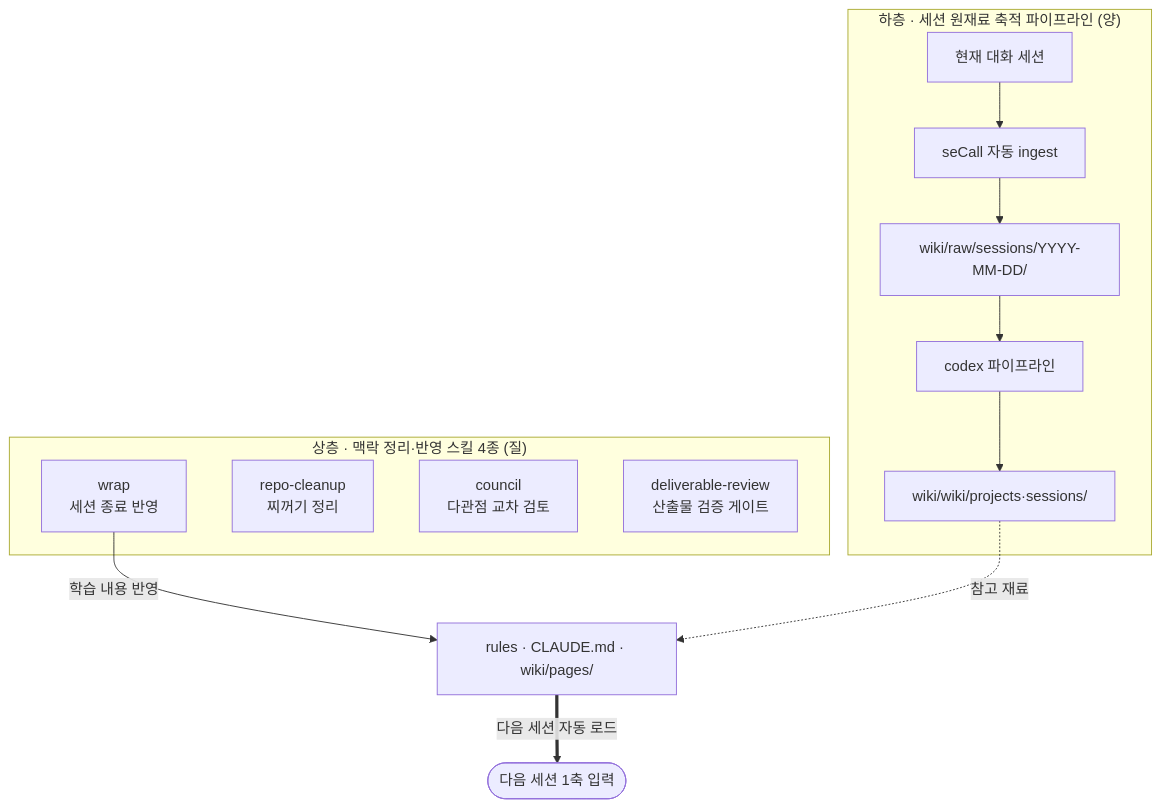
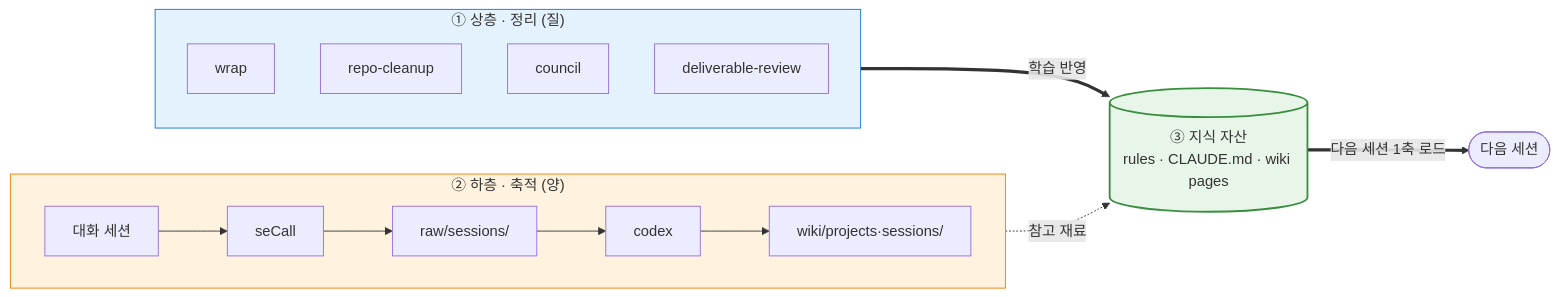
One commit to henry-1981/context-first-harness changed the third of 4 diagrams in README.md. Above: the diagram before and after it, drawn with Mermaid.

Commit message:
docs(readme): 3축 맥락 유지 mermaid 가시성 재구성 (LR + classDef 색상)

````diff
--- a/README.md
+++ b/README.md
@@ -78,23 +78,26 @@
 ```mermaid
-flowchart TB
-    subgraph upper ["상층 · 맥락 정리·반영 스킬 4종 (질)"]
-        wrap[wrap<br/>세션 종료 반영]
-        cleanup[repo-cleanup<br/>찌꺼기 정리]
-        council[council<br/>다관점 교차 검토]
-        review[deliverable-review<br/>산출물 검증 게이트]
+flowchart LR
+    subgraph upper ["① 상층 · 정리 (질)"]
+        direction TB
+        wrap[wrap]
+        cleanup[repo-cleanup]
+        council[council]
+        review[deliverable-review]
     end
 
-    subgraph lower ["하층 · 세션 원재료 축적 파이프라인 (양)"]
-        session[현재 대화 세션]
-        secall[seCall 자동 ingest]
-        raw[wiki/raw/sessions/YYYY-MM-DD/]
-        codex[codex 파이프라인]
-        processed[wiki/wiki/projects·sessions/]
-        session --> secall --> raw --> codex --> processed
+    subgraph lower ["② 하층 · 축적 (양)"]
+        direction LR
+        session[대화 세션] --> secall[seCall] --> raw[raw/sessions/] --> codex[codex] --> processed[wiki/projects·sessions/]
     end
 
-    wrap -->|학습 내용 반영| target[rules · CLAUDE.md · wiki/pages/]
-    processed -.참고 재료.-> target
+    upper ==>|학습 반영| target[("③ 지식 자산<br/>rules · CLAUDE.md · wiki pages")]
+    lower -.참고 재료.-> target
+    target ==>|다음 세션 1축 로드| next([다음 세션])
 
-    target ==>|다음 세션 자동 로드| next([다음 세션 1축 입력])
+    classDef quality fill:#e3f2fd,stroke:#1976d2
+    classDef volume fill:#fff3e0,stroke:#f57c00
+    classDef asset fill:#e8f5e9,stroke:#388e3c,stroke-width:2px
+    class upper quality
+    class lower volume
+    class target asset
 ```
````
